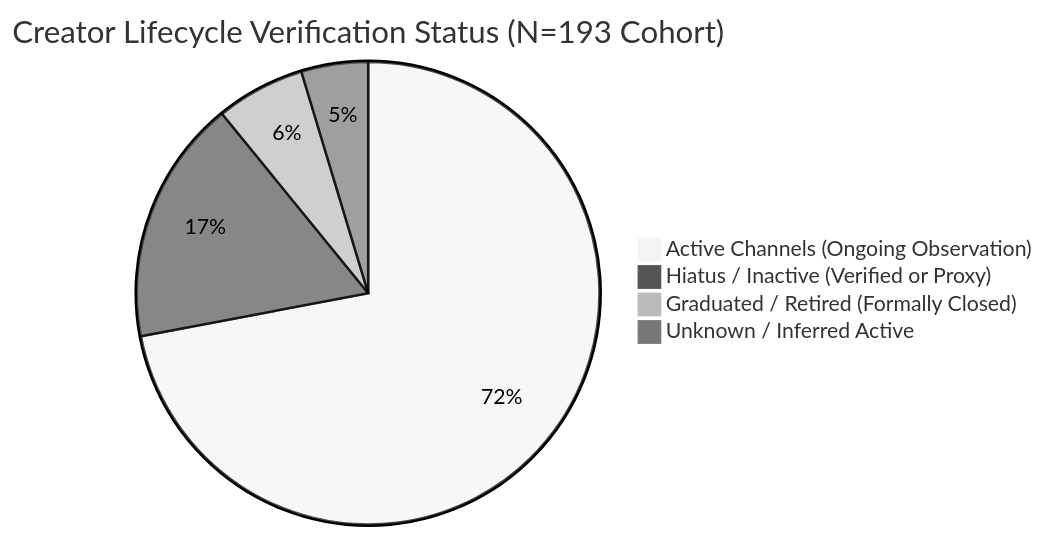
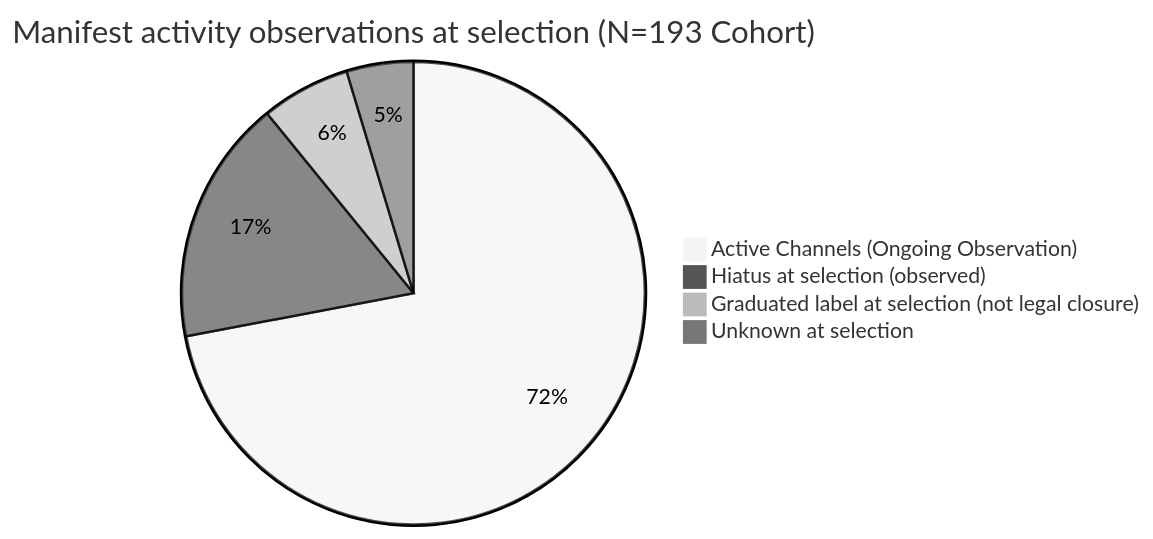
The first of 2 diagrams in docs/research_v2/LONG_RUNNING_RESEARCH_REPORT.md (Icezaza2543/ThaiVtuberSNA), drawn with Mermaid (neutral theme) before and after one commit. The commit also changed other lines of this file and 24 other files, not shown here.

````diff
--- a/docs/research_v2/LONG_RUNNING_RESEARCH_REPORT.md
+++ b/docs/research_v2/LONG_RUNNING_RESEARCH_REPORT.md
@@ -42,7 +42,7 @@
 ```mermaid
-pie title Creator Lifecycle Verification Status (N=193 Cohort)
+pie title Manifest activity observations at selection (N=193 Cohort)
     "Active Channels (Ongoing Observation)" : 139
-    "Hiatus / Inactive (Verified or Proxy)" : 33
-    "Graduated / Retired (Formally Closed)" : 12
-    "Unknown / Inferred Active" : 9
+    "Hiatus at selection (observed)" : 33
+    "Graduated label at selection (not legal closure)" : 12
+    "Unknown at selection" : 9
 ```
````
